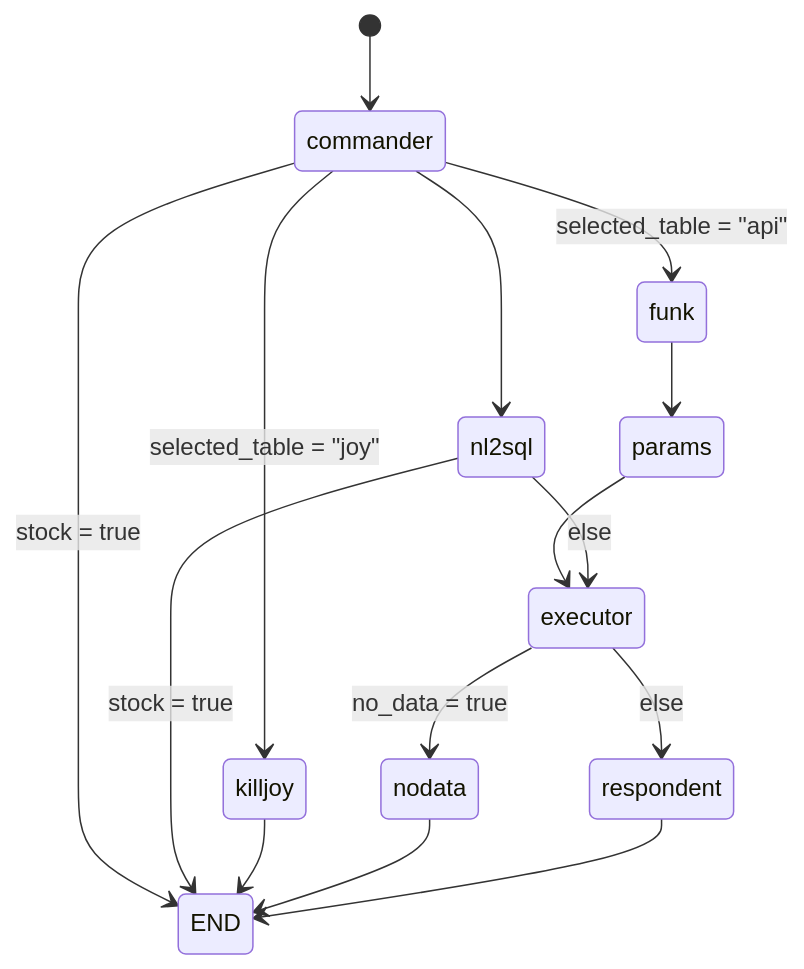
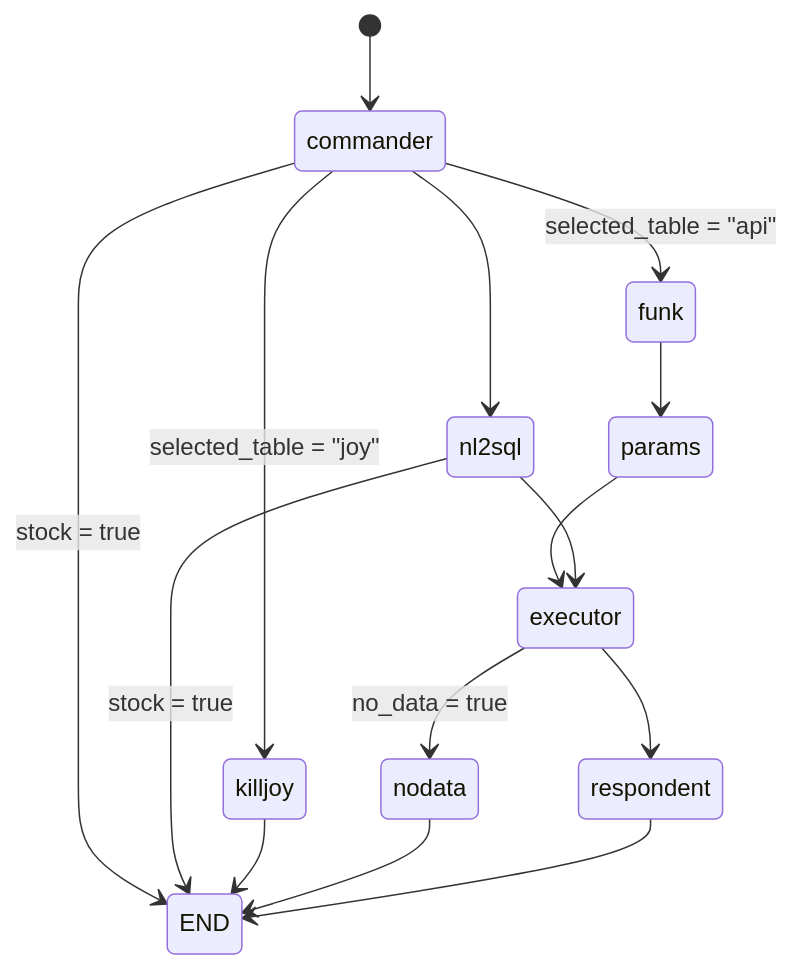
One commit to kangbw0420/QUVI changed the diagram in README.md. Above: the diagram before and after it, drawn with Mermaid.

Commit message:
증권 조회 제한_was

````diff
--- a/README.md
+++ b/README.md
@@ -7,22 +7,22 @@
 ```mermaid
 stateDiagram-v2
     [*] --> commander
     
     commander --> END: stock = true
     commander --> funk: selected_table = "api"
     commander --> killjoy: selected_table = "joy"
     commander --> nl2sql
     
     funk --> params
     params --> executor
     
     nl2sql --> END: stock = true
-    nl2sql --> executor: else
+    nl2sql --> executor
     
     executor --> nodata: no_data = true
-    executor --> respondent: else
+    executor --> respondent
     
     killjoy --> END
     nodata --> END
     respondent --> END
 ```
````
